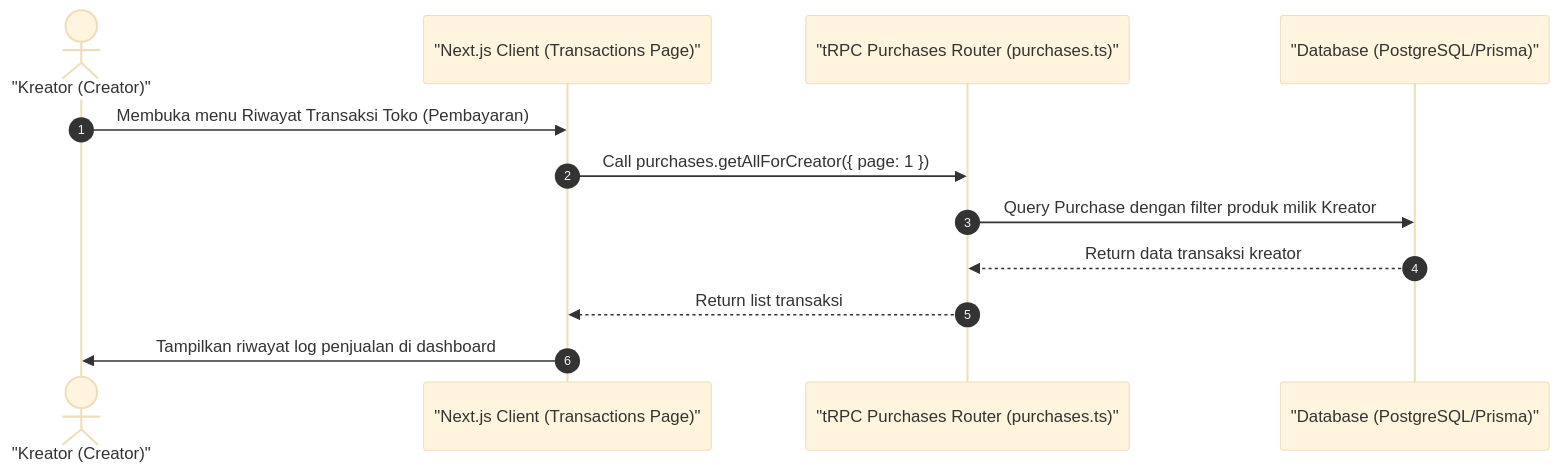
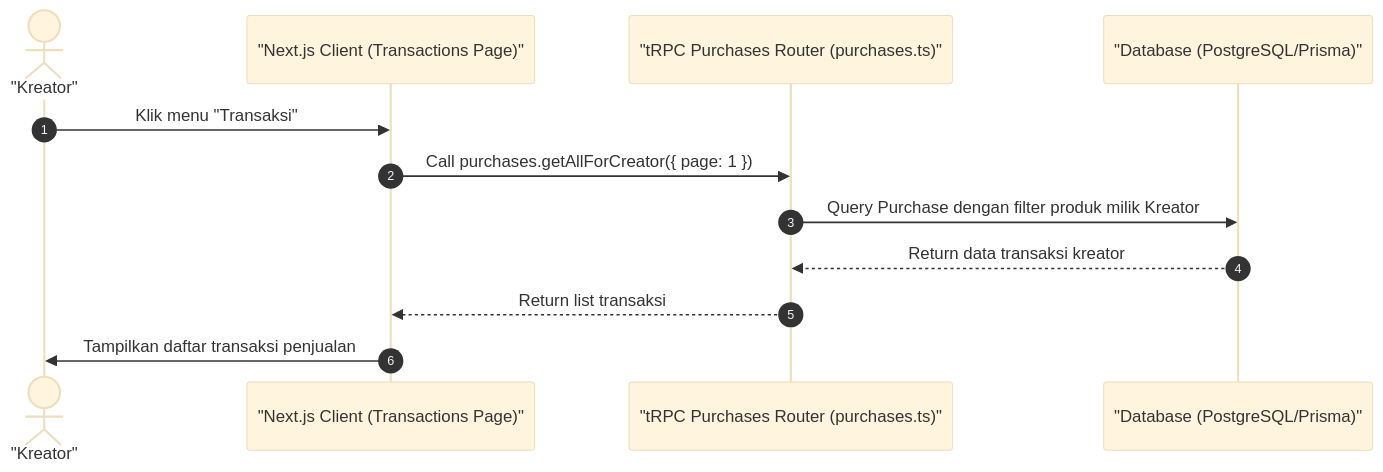
One commit to luputer/CuanIN changed the diagram in docs/27-creator-transactions-list.md. Above: the diagram before and after it, drawn with Mermaid (base theme). The commit also changed 53 other files, not shown here.

````diff
--- a/docs/27-creator-transactions-list.md
+++ b/docs/27-creator-transactions-list.md
@@ -5,16 +5,16 @@
 ```mermaid
 sequenceDiagram
     autonumber
-    actor Creator as "Kreator (Creator)"
+    actor Creator as "Kreator"
     participant Client as "Next.js Client (Transactions Page)"
     participant Server as "tRPC Purchases Router (purchases.ts)"
     participant DB as "Database (PostgreSQL/Prisma)"
 
-    Creator->>Client: Membuka menu Riwayat Transaksi Toko (Pembayaran)
+    Creator->>Client: Klik menu "Transaksi"
     Client->>Server: Call purchases.getAllForCreator({ page: 1 })
     Server->>DB: Query Purchase dengan filter produk milik Kreator
     DB-->>Server: Return data transaksi kreator
     Server-->>Client: Return list transaksi
-    Client->>Creator: Tampilkan riwayat log penjualan di dashboard
+    Client->>Creator: Tampilkan daftar transaksi penjualan
 
 ```
````
